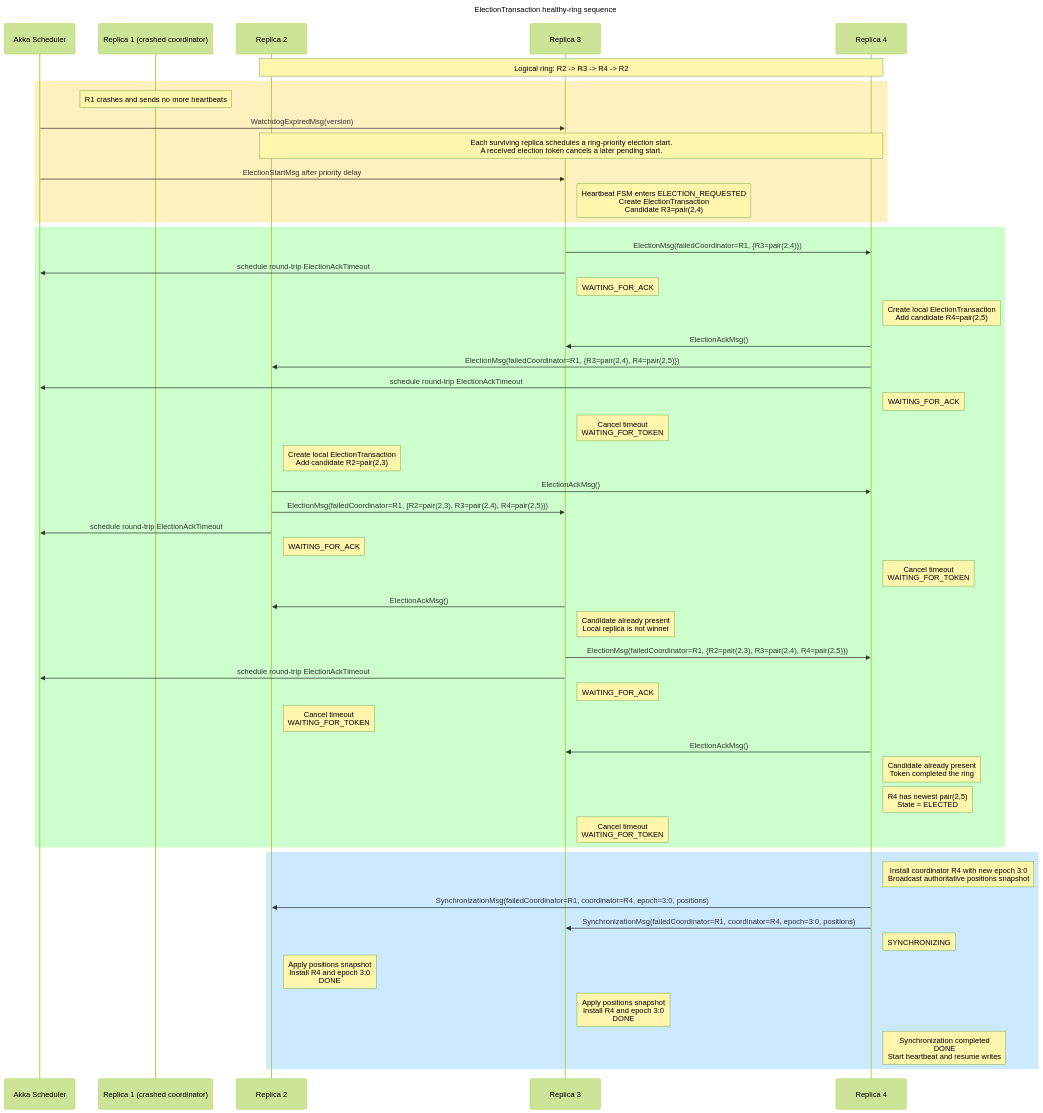
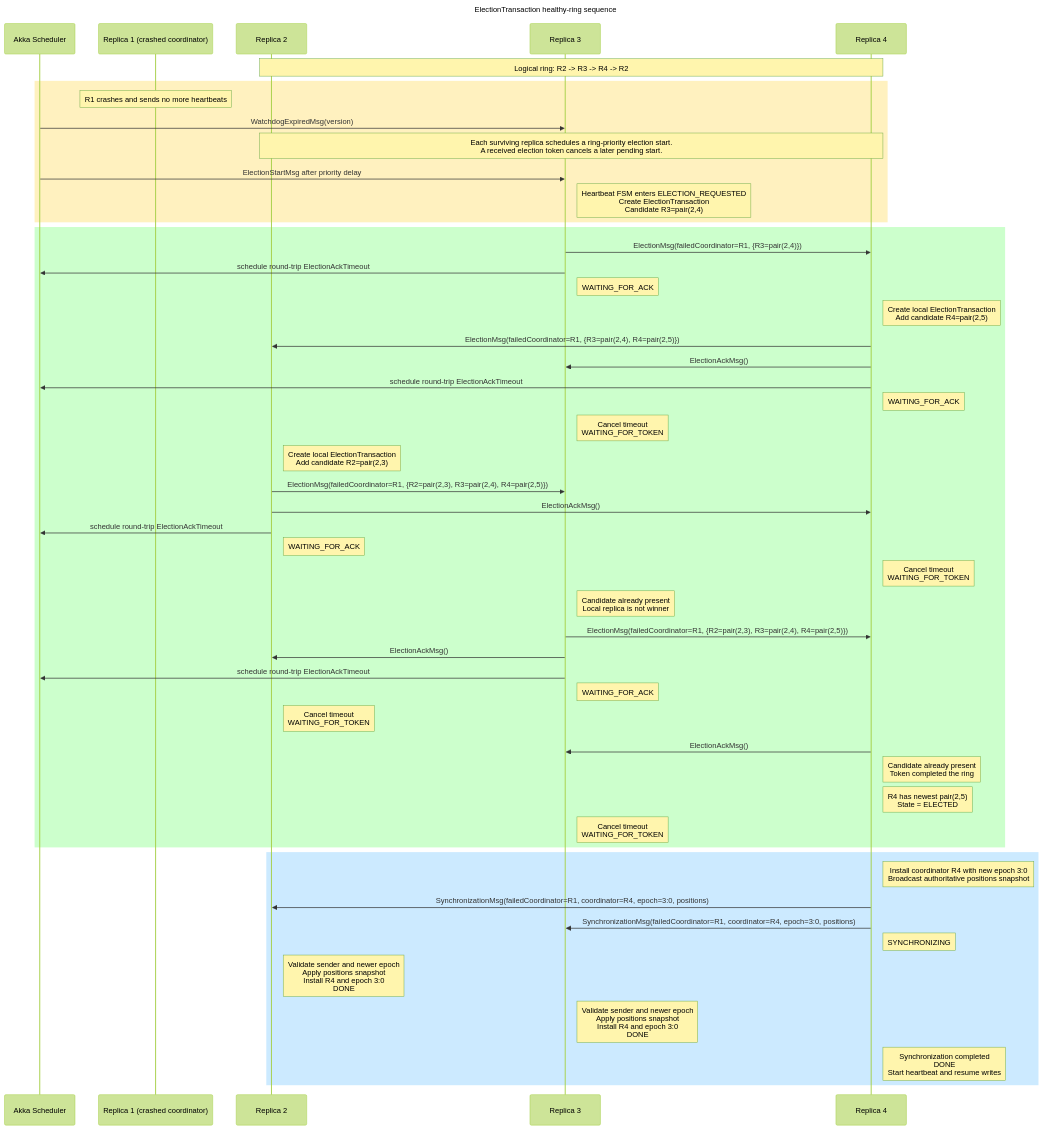
The diagram in charts/Transactions/transaction_Election.mmd (alanmasu/CoreDump_DS_Project), drawn with Mermaid before and after one commit. The commit also changed 4 other files, not shown here.

First line of the commit message:
fix(election): validate recovery messages and close FSM

```diff
--- a/charts/Transactions/transaction_Election.mmd
+++ b/charts/Transactions/transaction_Election.mmd
@@ -1,69 +1,69 @@
 ---
 title: ElectionTransaction healthy-ring sequence
 config:
   theme: forest
 ---
 
 sequenceDiagram
     participant S as Akka Scheduler
     participant R1 as Replica 1 (crashed coordinator)
     participant R2 as Replica 2
     participant R3 as Replica 3
     participant R4 as Replica 4
 
     Note over R2,R4: Logical ring: R2 -> R3 -> R4 -> R2
 
     rect rgba(255, 200, 0, 0.25)
         Note over R1: R1 crashes and sends no more heartbeats
         S ->> R3: WatchdogExpiredMsg(version)
         Note over R2,R4: Each surviving replica schedules a ring-priority election start.<br/>A received election token cancels a later pending start.
         S ->> R3: ElectionStartMsg after priority delay
         Note right of R3: Heartbeat FSM enters ELECTION_REQUESTED<br/>Create ElectionTransaction<br/>Candidate R3=pair(2,4)
     end
 
     rect rgba(0, 255, 0, 0.20)
         R3 ->> R4: ElectionMsg(failedCoordinator=R1, {R3=pair(2,4)})
         R3 ->> S: schedule round-trip ElectionAckTimeout
         Note right of R3: WAITING_FOR_ACK
 
         Note right of R4: Create local ElectionTransaction<br/>Add candidate R4=pair(2,5)
+        R4 ->> R2: ElectionMsg(failedCoordinator=R1, {R3=pair(2,4), R4=pair(2,5)})
         R4 ->> R3: ElectionAckMsg()
-        R4 ->> R2: ElectionMsg(failedCoordinator=R1, {R3=pair(2,4), R4=pair(2,5)})
         R4 ->> S: schedule round-trip ElectionAckTimeout
         Note right of R4: WAITING_FOR_ACK
 
         Note right of R3: Cancel timeout<br/>WAITING_FOR_TOKEN
 
         Note right of R2: Create local ElectionTransaction<br/>Add candidate R2=pair(2,3)
+        R2 ->> R3: ElectionMsg(failedCoordinator=R1, {R2=pair(2,3), R3=pair(2,4), R4=pair(2,5)})
         R2 ->> R4: ElectionAckMsg()
-        R2 ->> R3: ElectionMsg(failedCoordinator=R1, {R2=pair(2,3), R3=pair(2,4), R4=pair(2,5)})
         R2 ->> S: schedule round-trip ElectionAckTimeout
         Note right of R2: WAITING_FOR_ACK
 
         Note right of R4: Cancel timeout<br/>WAITING_FOR_TOKEN
 
-        R3 ->> R2: ElectionAckMsg()
         Note right of R3: Candidate already present<br/>Local replica is not winner
         R3 ->> R4: ElectionMsg(failedCoordinator=R1, {R2=pair(2,3), R3=pair(2,4), R4=pair(2,5)})
+        R3 ->> R2: ElectionAckMsg()
         R3 ->> S: schedule round-trip ElectionAckTimeout
         Note right of R3: WAITING_FOR_ACK
 
         Note right of R2: Cancel timeout<br/>WAITING_FOR_TOKEN
 
         R4 ->> R3: ElectionAckMsg()
         Note right of R4: Candidate already present<br/>Token completed the ring
         Note right of R4: R4 has newest pair(2,5)<br/>State = ELECTED
         Note right of R3: Cancel timeout<br/>WAITING_FOR_TOKEN
     end
 
     rect rgba(0, 150, 255, 0.20)
         Note right of R4: Install coordinator R4 with new epoch 3:0<br/>Broadcast authoritative positions snapshot
         R4 ->> R2: SynchronizationMsg(failedCoordinator=R1, coordinator=R4, epoch=3:0, positions)
         R4 ->> R3: SynchronizationMsg(failedCoordinator=R1, coordinator=R4, epoch=3:0, positions)
         Note right of R4: SYNCHRONIZING
 
-        Note right of R2: Apply positions snapshot<br/>Install R4 and epoch 3:0<br/>DONE
-        Note right of R3: Apply positions snapshot<br/>Install R4 and epoch 3:0<br/>DONE
+        Note right of R2: Validate sender and newer epoch<br/>Apply positions snapshot<br/>Install R4 and epoch 3:0<br/>DONE
+        Note right of R3: Validate sender and newer epoch<br/>Apply positions snapshot<br/>Install R4 and epoch 3:0<br/>DONE
 
         Note right of R4: Synchronization completed<br/>DONE<br/>Start heartbeat and resume writes
     end
```
